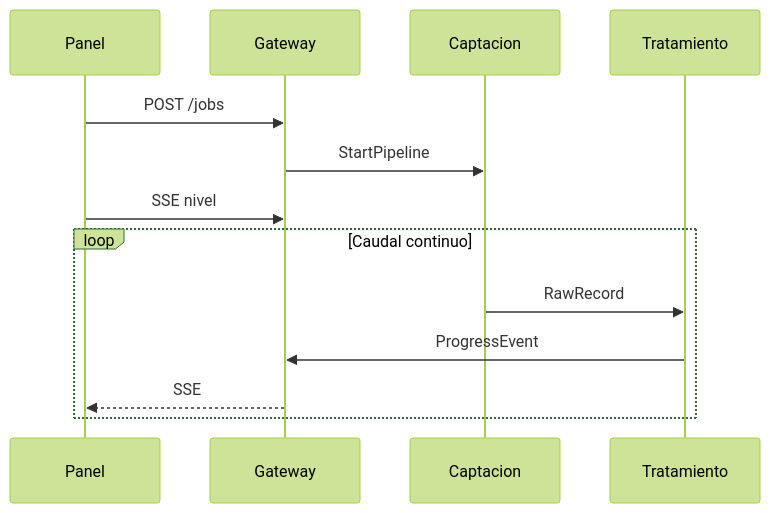
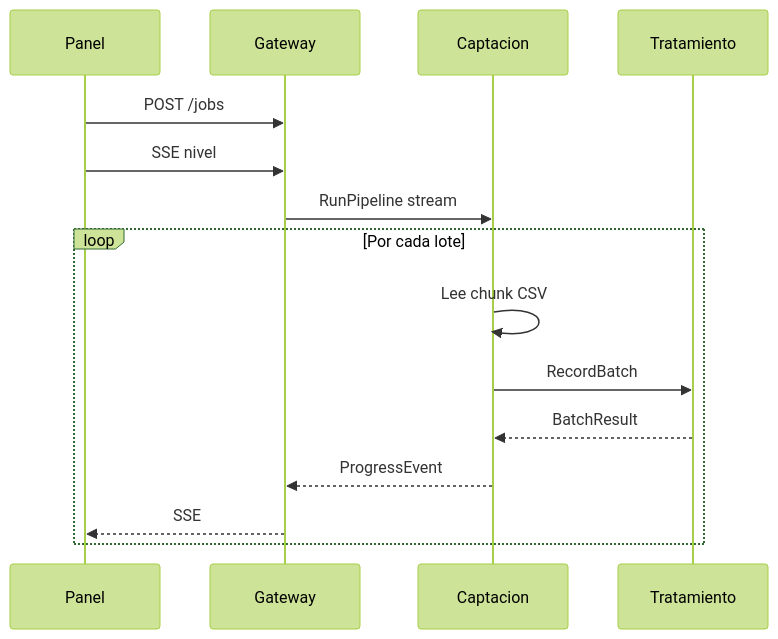
Before and after one commit to cccg8105/cccg_grpc_demo: the sixth of 7 diagrams in presentation/grpc-intro.qmd, drawn with Mermaid (forest theme). The commit also changed other lines of this file and 46 other files, not shown here.

````diff
--- a/presentation/grpc-intro.qmd
+++ b/presentation/grpc-intro.qmd
@@ -248,16 +248,18 @@
 ```{mermaid}
 sequenceDiagram
   participant Panel as Panel
   participant GW as Gateway
   participant ING as Captacion
   participant TRF as Tratamiento
 
   Panel->>GW: POST /jobs
-  GW->>ING: StartPipeline
   Panel->>GW: SSE nivel
-  loop Caudal continuo
-    ING->>TRF: RawRecord
-    TRF->>GW: ProgressEvent
+  GW->>ING: RunPipeline stream
+  loop Por cada lote
+    ING->>ING: Lee chunk CSV
+    ING->>TRF: RecordBatch
+    TRF-->>ING: BatchResult
+    ING-->>GW: ProgressEvent
     GW-->>Panel: SSE
   end
 ```
````
